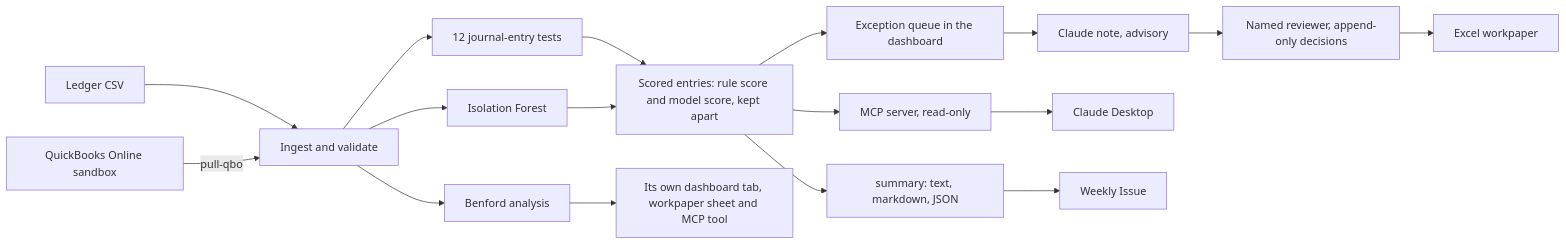
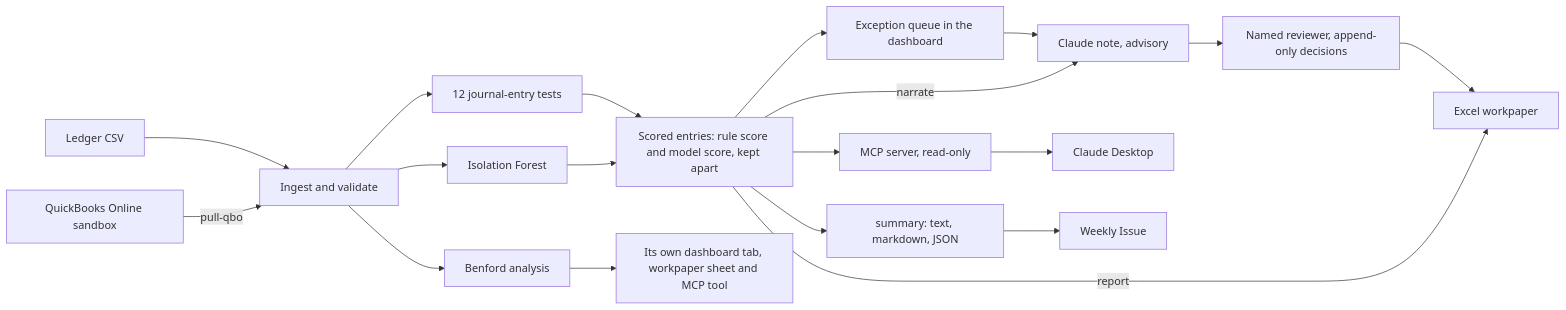
One commit to JasonIIVI/Rio-Ledger-Lens changed the diagram in README.md. Above: the diagram before and after it, drawn with Mermaid. The commit also changed other lines of this file and 3 other files, not shown here.

First line of the commit message:
Draw Benford beside the queue in both diagrams; pin the rest of the README's figures; say what holds

````diff
--- a/README.md
+++ b/README.md
@@ -33,19 +34,21 @@
 ```mermaid
 flowchart LR
     csv[Ledger CSV] --> ingest[Ingest and validate]
     qbo[QuickBooks Online sandbox] -->|pull-qbo| ingest
     ingest --> jets[12 journal-entry tests]
     ingest --> forest[Isolation Forest]
     ingest --> benford[Benford analysis]
     jets --> scored[Scored entries: rule score and model score, kept apart]
     forest --> scored
     scored --> queue[Exception queue in the dashboard]
     queue --> note[Claude note, advisory]
+    scored -->|narrate| note
     note --> reviewer[Named reviewer, append-only decisions]
     reviewer --> workpaper[Excel workpaper]
+    scored -->|report| workpaper
     scored --> mcp[MCP server, read-only]
     mcp --> desktop[Claude Desktop]
     scored --> summary[summary: text, markdown, JSON]
     summary --> issue[Weekly Issue]
     benford --> beside[Its own dashboard tab, workpaper sheet and MCP tool]
 ```
````
